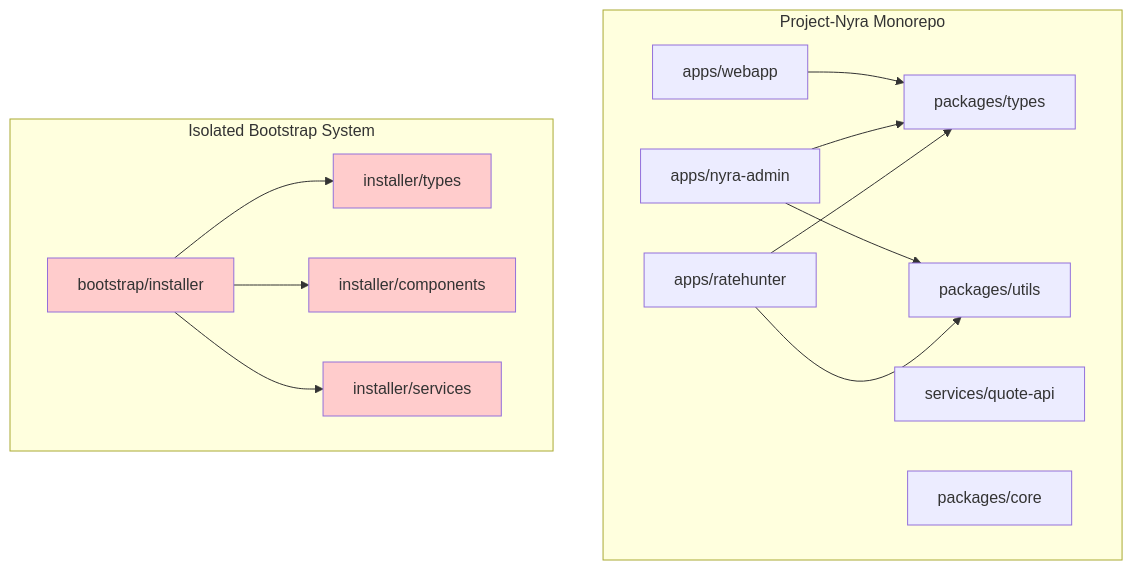
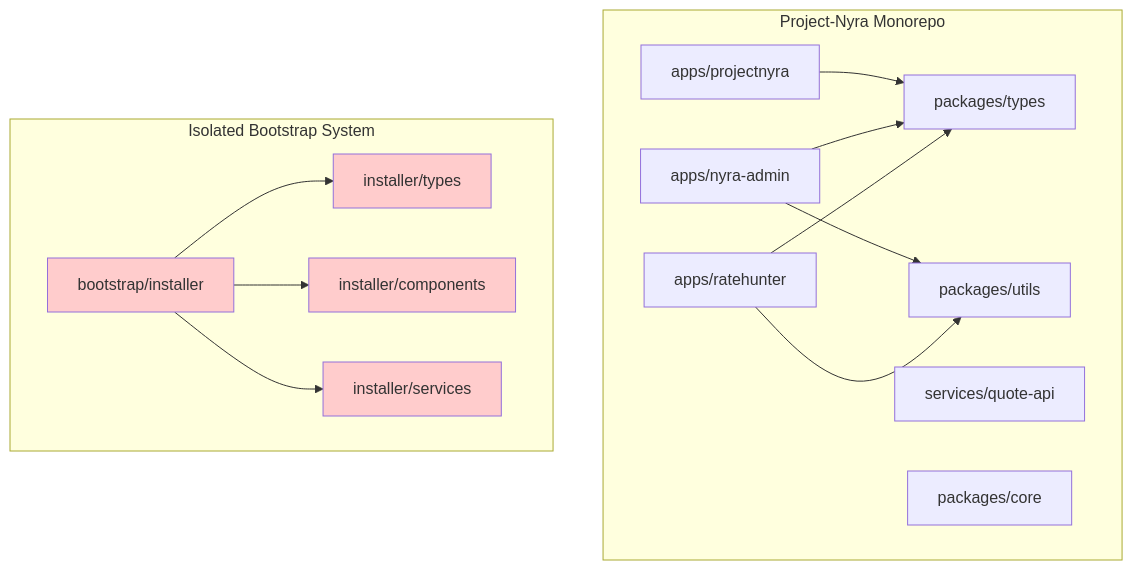
Before and after one commit to ellisapotheosis/Project-Nyra: the first of 13 diagrams in docs/architecture/BOOTSTRAP-INTEGRATION-VISUAL.md, drawn with Mermaid. The commit also changed other lines of this file and 523 other files, not shown here.

````diff
--- a/docs/architecture/BOOTSTRAP-INTEGRATION-VISUAL.md
+++ b/docs/architecture/BOOTSTRAP-INTEGRATION-VISUAL.md
@@ -11,36 +11,36 @@
 ```mermaid
 graph TD
     subgraph "Project-Nyra Monorepo"
         A[apps/ratehunter]
         B[apps/nyra-admin]
-        C[apps/webapp]
+        C[apps/projectnyra]
         D[services/quote-api]
         E[packages/types]
         F[packages/utils]
         G[packages/core]
     end
 
     subgraph "Isolated Bootstrap System"
         H[bootstrap/installer]
         I[installer/types]
         J[installer/components]
         K[installer/services]
     end
 
     A --> E
     A --> F
     B --> E
     B --> F
     C --> E
 
     H --> I
     H --> J
     H --> K
 
     style H fill:#ffcccc
     style I fill:#ffcccc
     style J fill:#ffcccc
     style K fill:#ffcccc
 
     classDef isolated fill:#ffcccc,stroke:#ff0000,stroke-width:2px
 ```
````
